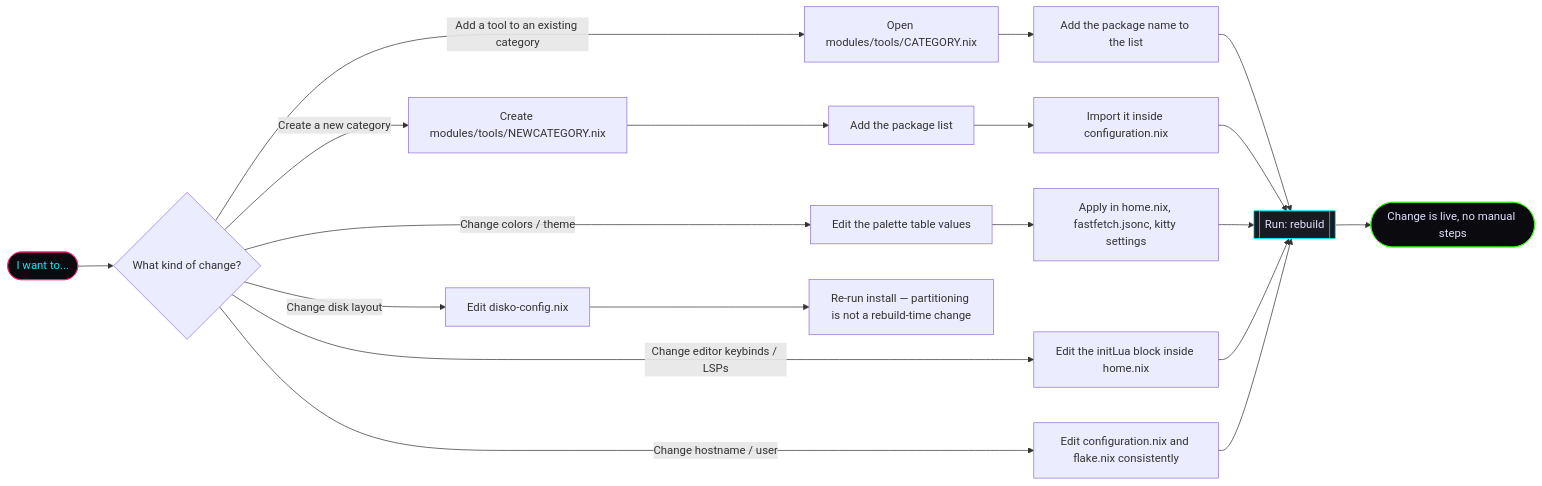
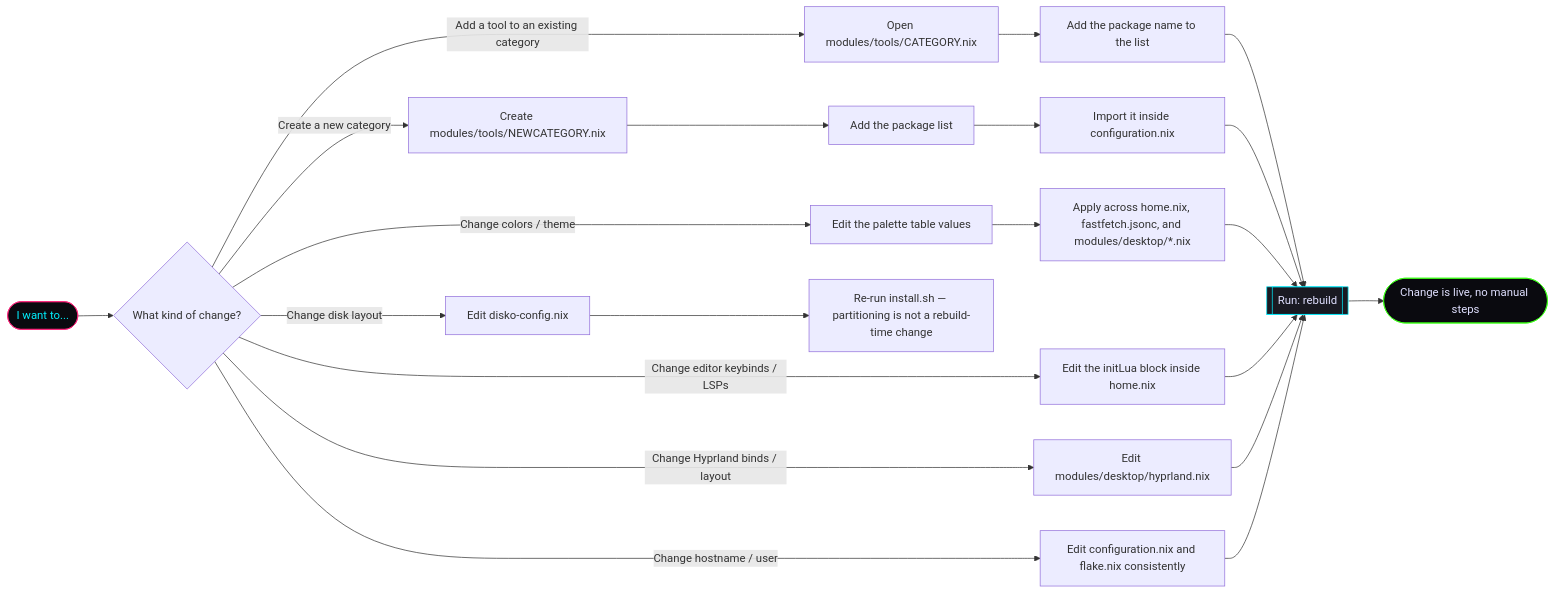
Before and after one commit to Torist12/cybersec-nixos: the second of 2 diagrams in README.md, drawn with Mermaid. The commit also changed other lines of this file and 5 other files, not shown here.

````diff
--- a/README.md
+++ b/README.md
@@ -220,32 +227,35 @@
 ```mermaid
 flowchart LR
     Start([I want to...]) --> Q1{What kind of change?}
 
     Q1 -->|Add a tool to an existing category| T1[Open modules/tools/CATEGORY.nix]
     T1 --> T2[Add the package name to the list]
     T2 --> Apply
 
     Q1 -->|Create a new category| C1[Create modules/tools/NEWCATEGORY.nix]
     C1 --> C2[Add the package list]
     C2 --> C3[Import it inside configuration.nix]
     C3 --> Apply
 
     Q1 -->|Change colors / theme| R1[Edit the palette table values]
-    R1 --> R2[Apply in home.nix, fastfetch.jsonc, kitty settings]
+    R1 --> R2[Apply across home.nix, fastfetch.jsonc, and modules/desktop/*.nix]
     R2 --> Apply
 
     Q1 -->|Change editor keybinds / LSPs| N1[Edit the initLua block inside home.nix]
     N1 --> Apply
 
+    Q1 -->|Change Hyprland binds / layout| HY1[Edit modules/desktop/hyprland.nix]
+    HY1 --> Apply
+
     Q1 -->|Change disk layout| D1[Edit disko-config.nix]
-    D1 --> D2[Re-run install — partitioning is not a rebuild-time change]
+    D1 --> D2[Re-run install.sh — partitioning is not a rebuild-time change]
 
     Q1 -->|Change hostname / user| U1[Edit configuration.nix and flake.nix consistently]
     U1 --> Apply
 
     Apply[[Run: rebuild]] --> Done([Change is live, no manual steps])
 
     style Start fill:#0A0A0F,stroke:#FF2079,color:#00F0FF
     style Done fill:#0A0A0F,stroke:#39FF14,color:#E0E0FF
     style Apply fill:#1A1A22,stroke:#00F0FF,color:#E0E0FF
 ```
````
